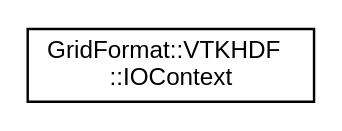
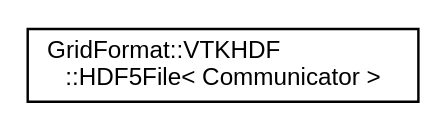
One commit to dglaeser/gridformat changed the diagram in inherit_graph_43.dot. Above: the diagram before and after it, drawn with Graphviz. The commit also changed 368 other files, not shown here.

```diff
--- a/inherit_graph_43.dot
+++ b/inherit_graph_43.dot
@@ -1,8 +1,8 @@
 digraph "Graphical Class Hierarchy"
 {
  // LATEX_PDF_SIZE
   edge [fontname="Helvetica",fontsize="10",labelfontname="Helvetica",labelfontsize="10"];
   node [fontname="Helvetica",fontsize="10",shape=record];
   rankdir="LR";
-  Node0 [label="GridFormat::VTKHDF\l::IOContext",height=0.2,width=0.4,color="black", fillcolor="white", style="filled",URL="$structGridFormat_1_1VTKHDF_1_1IOContext.html",tooltip=" "];
+  Node0 [label="GridFormat::VTKHDF\l::HDF5File\< Communicator \>",height=0.2,width=0.4,color="black", fillcolor="white", style="filled",URL="$classGridFormat_1_1VTKHDF_1_1HDF5File.html",tooltip=" "];
 }
```
